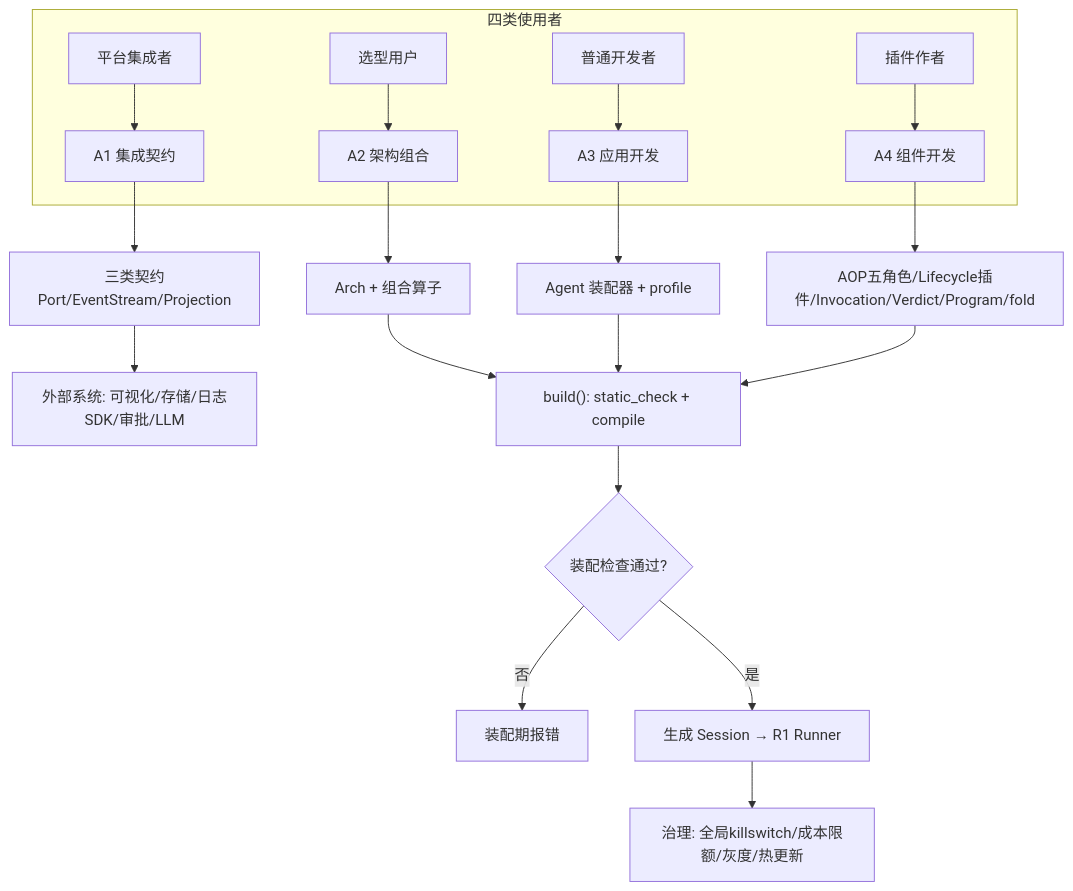
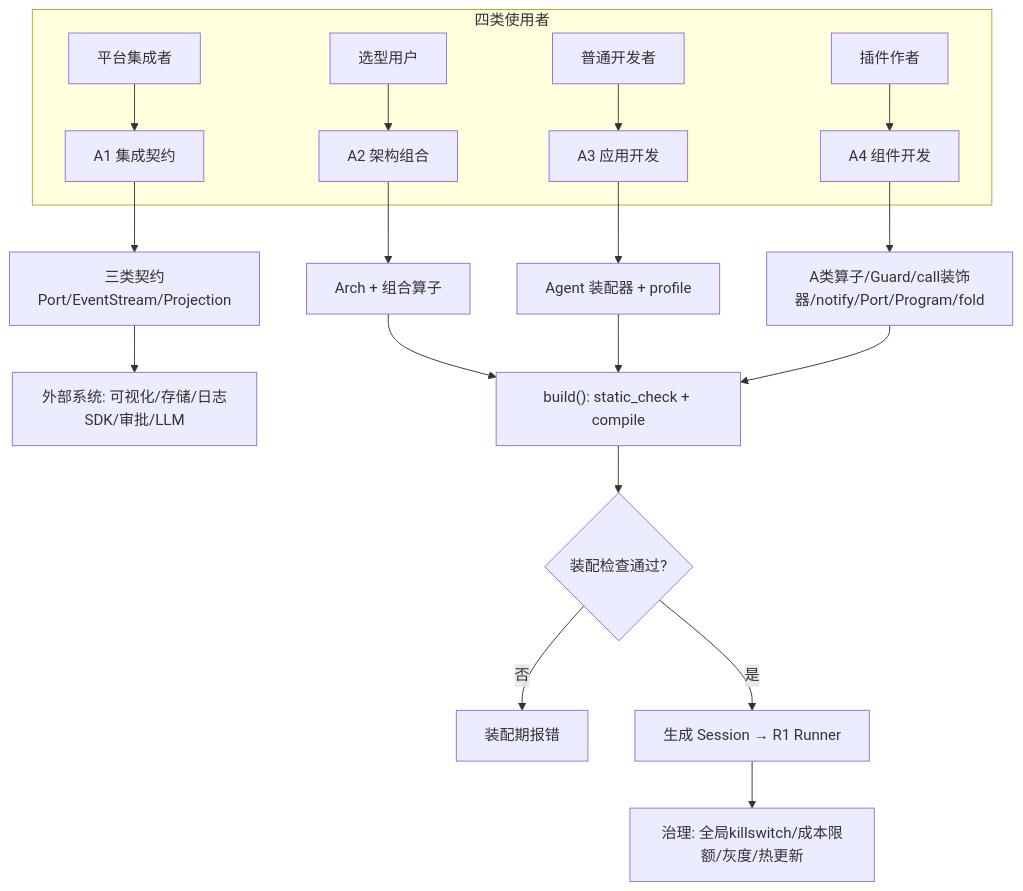
Before and after one commit to sao-lang/lll: diagram 13 of 13 in docs/01-总览与设计/AGENT-总设计.md, drawn with Mermaid. The commit also changed other lines of this file and 159 other files, not shown here.

````diff
--- a/docs/01-总览与设计/AGENT-总设计.md
+++ b/docs/01-总览与设计/AGENT-总设计.md
@@ -1625,21 +1644,21 @@
 ```mermaid
 flowchart TD
     subgraph 四类使用者
         U1["平台集成者"] --> A1["A1 集成契约"]
         U2["选型用户"] --> A2["A2 架构组合"]
         U3["普通开发者"] --> A3["A3 应用开发"]
         U4["插件作者"] --> A4["A4 组件开发"]
     end
     A1 --> P["三类契约<br/>Port/EventStream/Projection"]
     A2 --> AG["Arch + 组合算子"]
     A3 --> AB["Agent 装配器 + profile"]
-    A4 --> LOW["AOP五角色/Lifecycle插件/Invocation/Verdict/Program/fold"]
+    A4 --> LOW["A类算子/Guard/call装饰器/notify/Port/Program/fold"]
     P --> EXT["外部系统: 可视化/存储/日志SDK/审批/LLM"]
     AG --> BUILD
     AB --> BUILD
     LOW --> BUILD["build(): static_check + compile"]
     BUILD --> CHK{"装配检查通过?"}
     CHK -->|否| ERR["装配期报错"]
     CHK -->|是| SESS["生成 Session → R1 Runner"]
     SESS --> GOV["治理: 全局killswitch/成本限额/灰度/热更新"]
 ```
````
